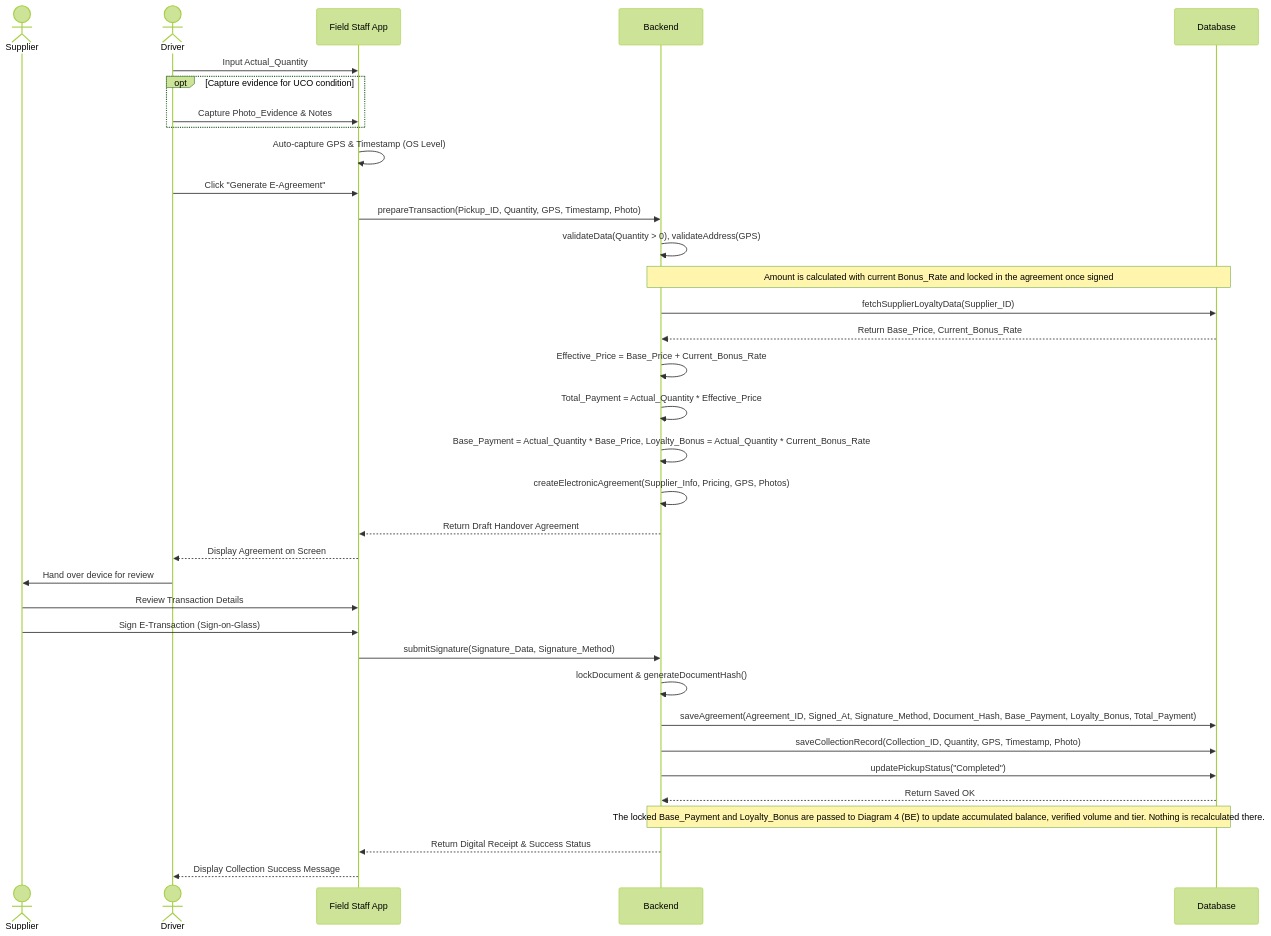
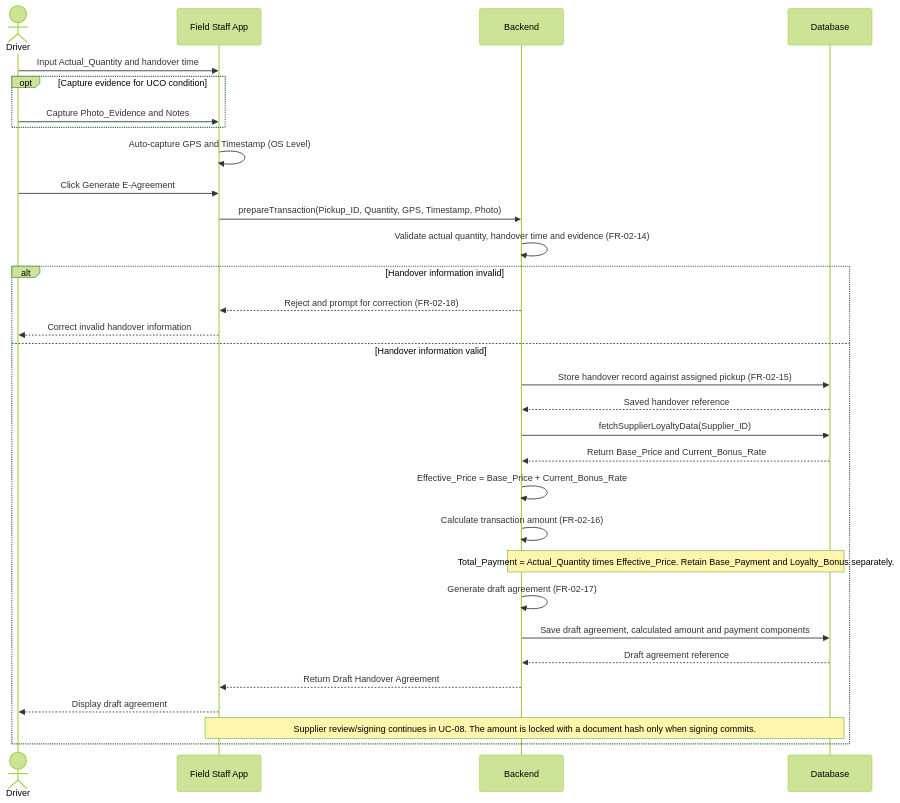
One commit to thuyvicbh-alt/DBIZ2---GROUP-D changed the diagram in docs/use-case/SD-UC-07.md. Above: the diagram before and after it, drawn with Mermaid (forest theme). The commit also changed other lines of this file and 13 other files, not shown here.

First line of the commit message:
docs: refine W1 functions and add UC-08 diagrams

````diff
--- a/docs/use-case/SD-UC-07.md
+++ b/docs/use-case/SD-UC-07.md
@@ -11,38 +14,34 @@
 ```mermaid
 sequenceDiagram
-  actor S as Supplier
   actor Dr as Driver
   participant App as Field Staff App
   participant B as Backend
   participant D as Database
 
-  Dr->>App: Input Actual_Quantity
+  Dr->>App: Input Actual_Quantity and handover time
   opt Capture evidence for UCO condition
-    Dr->>App: Capture Photo_Evidence & Notes
+    Dr->>App: Capture Photo_Evidence and Notes
   end
-  App->>App: Auto-capture GPS & Timestamp (OS Level)
-  Dr->>App: Click "Generate E-Agreement"
+  App->>App: Auto-capture GPS and Timestamp (OS Level)
+  Dr->>App: Click Generate E-Agreement
   App->>B: prepareTransaction(Pickup_ID, Quantity, GPS, Timestamp, Photo)
-  B->>B: validateData(Quantity > 0), validateAddress(GPS)
-  Note over B, D: Amount is calculated with current Bonus_Rate and locked in the agreement once signed
-  B->>D: fetchSupplierLoyaltyData(Supplier_ID)
-  D-->>B: Return Base_Price, Current_Bonus_Rate
-  B->>B: Effective_Price = Base_Price + Current_Bonus_Rate
-  B->>B: Total_Payment = Actual_Quantity * Effective_Price
-  B->>B: Base_Payment = Actual_Quantity * Base_Price, Loyalty_Bonus = Actual_Quantity * Current_Bonus_Rate
-  B->>B: createElectronicAgreement(Supplier_Info, Pricing, GPS, Photos)
-  B-->>App: Return Draft Handover Agreement
-  App-->>Dr: Display Agreement on Screen
-  Dr->>S: Hand over device for review
-  S->>App: Review Transaction Details
-  S->>App: Sign E-Transaction (Sign-on-Glass)
-  App->>B: submitSignature(Signature_Data, Signature_Method)
-  B->>B: lockDocument & generateDocumentHash()
-  B->>D: saveAgreement(Agreement_ID, Signed_At, Signature_Method, Document_Hash, Base_Payment, Loyalty_Bonus, Total_Payment)
-  B->>D: saveCollectionRecord(Collection_ID, Quantity, GPS, Timestamp, Photo)
-  B->>D: updatePickupStatus("Completed")
-  D-->>B: Return Saved OK
-  Note over B, D: The locked Base_Payment and Loyalty_Bonus are passed to Diagram 4 (BE) to update accumulated balance, verified volume and tier. Nothing is recalculated there.
-  B-->>App: Return Digital Receipt & Success Status
-  App-->>Dr: Display Collection Success Message
-  ```
+  B->>B: Validate actual quantity, handover time and evidence (FR-02-14)
+  alt Handover information invalid
+    B-->>App: Reject and prompt for correction (FR-02-18)
+    App-->>Dr: Correct invalid handover information
+  else Handover information valid
+    B->>D: Store handover record against assigned pickup (FR-02-15)
+    D-->>B: Saved handover reference
+    B->>D: fetchSupplierLoyaltyData(Supplier_ID)
+    D-->>B: Return Base_Price and Current_Bonus_Rate
+    B->>B: Effective_Price = Base_Price + Current_Bonus_Rate
+    B->>B: Calculate transaction amount (FR-02-16)
+    Note over B,D: Total_Payment = Actual_Quantity times Effective_Price. Retain Base_Payment and Loyalty_Bonus separately.
+    B->>B: Generate draft agreement (FR-02-17)
+    B->>D: Save draft agreement, calculated amount and payment components
+    D-->>B: Draft agreement reference
+    B-->>App: Return Draft Handover Agreement
+    App-->>Dr: Display draft agreement
+    Note over App,D: Supplier review/signing continues in UC-08. The amount is locked with a document hash only when signing commits.
+  end
+```
````
